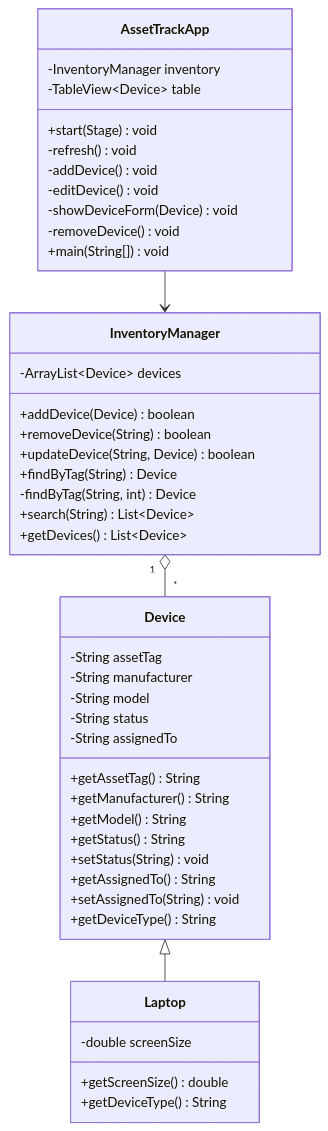
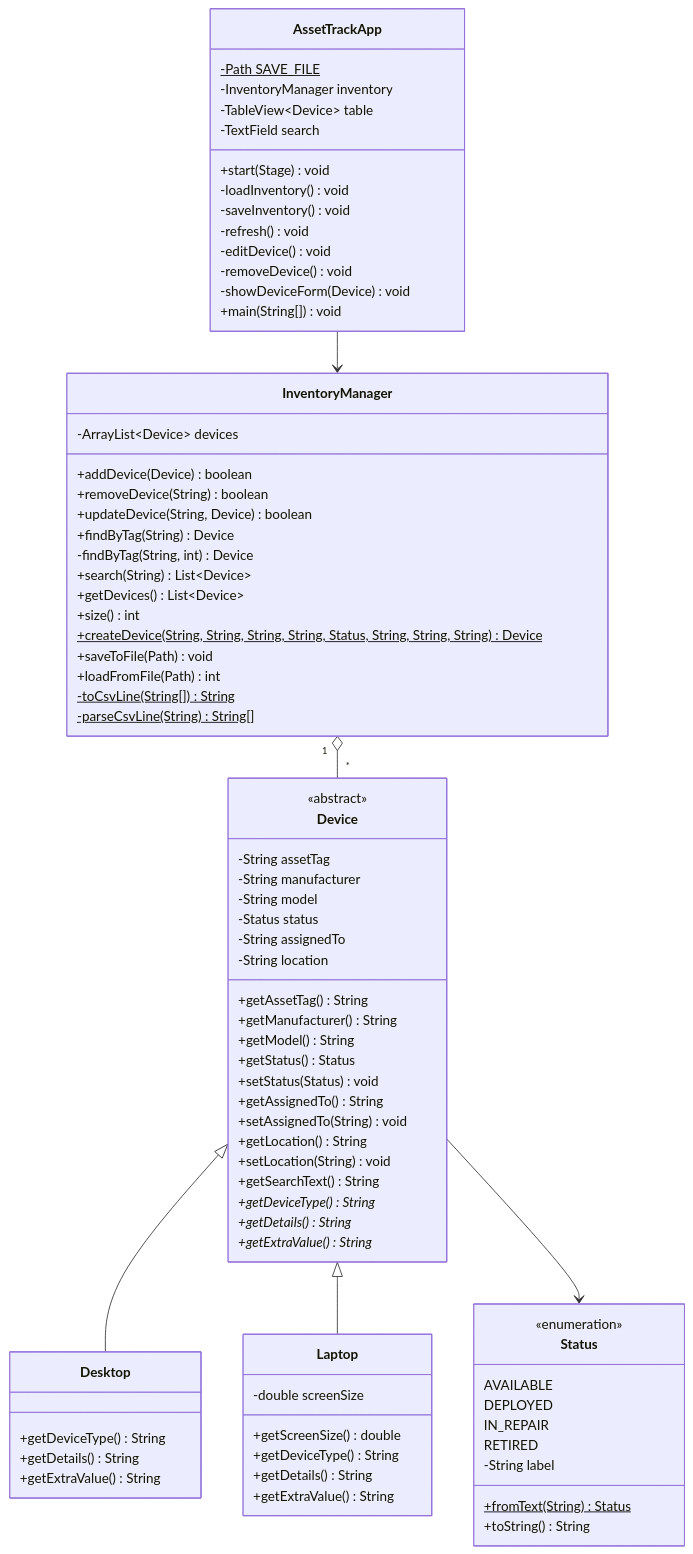
The diagram in README.md (Bax7240/AssetTrack), drawn with Mermaid before and after one commit. The commit also changed other lines of this file, not shown here.

````diff
--- a/README.md
+++ b/README.md
@@ -56,47 +68,82 @@
 ```mermaid
 classDiagram
     class Device {
+        <<abstract>>
         -String assetTag
         -String manufacturer
         -String model
-        -String status
+        -Status status
         -String assignedTo
+        -String location
         +getAssetTag() String
         +getManufacturer() String
         +getModel() String
-        +getStatus() String
-        +setStatus(String) void
+        +getStatus() Status
+        +setStatus(Status) void
         +getAssignedTo() String
         +setAssignedTo(String) void
+        +getLocation() String
+        +setLocation(String) void
+        +getSearchText() String
+        +getDeviceType() String*
+        +getDetails() String*
+        +getExtraValue() String*
+    }
+    class Desktop {
         +getDeviceType() String
+        +getDetails() String
+        +getExtraValue() String
     }
     class Laptop {
         -double screenSize
         +getScreenSize() double
         +getDeviceType() String
+        +getDetails() String
+        +getExtraValue() String
+    }
+    class Status {
+        <<enumeration>>
+        AVAILABLE
+        DEPLOYED
+        IN_REPAIR
+        RETIRED
+        -String label
+        +fromText(String) Status$
+        +toString() String
     }
     class InventoryManager {
         -ArrayList~Device~ devices
         +addDevice(Device) boolean
         +removeDevice(String) boolean
         +updateDevice(String, Device) boolean
         +findByTag(String) Device
         -findByTag(String, int) Device
         +search(String) List~Device~
         +getDevices() List~Device~
+        +size() int
+        +createDevice(String, String, String, String, Status, String, String, String) Device$
+        +saveToFile(Path) void
+        +loadFromFile(Path) int
+        -toCsvLine(String[]) String$
+        -parseCsvLine(String) String[]$
     }
     class AssetTrackApp {
+        -Path SAVE_FILE$
         -InventoryManager inventory
         -TableView~Device~ table
+        -TextField search
         +start(Stage) void
+        -loadInventory() void
+        -saveInventory() void
         -refresh() void
-        -addDevice() void
         -editDevice() void
+        -removeDevice() void
         -showDeviceForm(Device) void
-        -removeDevice() void
         +main(String[]) void
     }
+    Device <|-- Desktop
     Device <|-- Laptop
+    Device --> Status
     InventoryManager "1" o-- "*" Device
     AssetTrackApp --> InventoryManager
 ```
````
